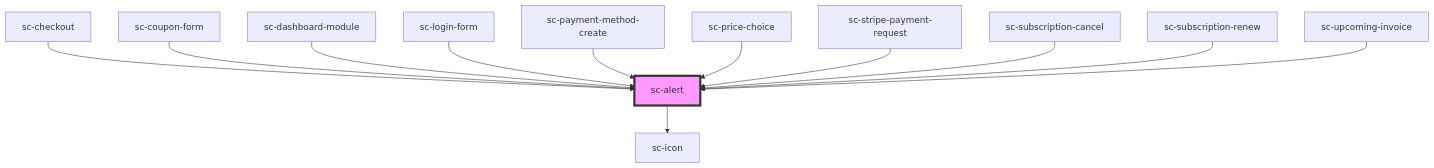
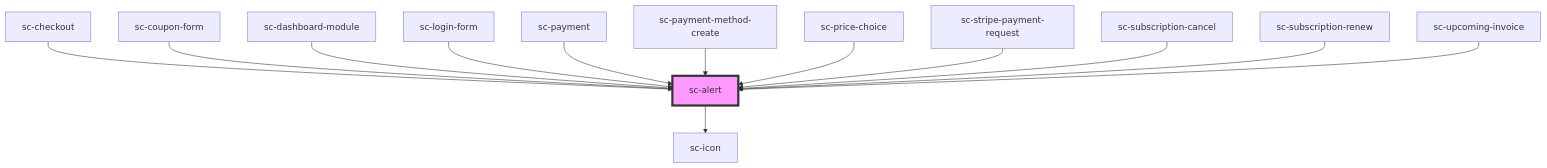
One commit to surecart/surecart-wp-plugin changed the diagram in packages/components/src/components/ui/alert/readme.md. Above: the diagram before and after it, drawn with Mermaid. The commit also changed other lines of this file and 33 other files, not shown here.

````diff
--- a/packages/components/src/components/ui/alert/readme.md
+++ b/packages/components/src/components/ui/alert/readme.md
@@ -80,15 +82,16 @@
 ```mermaid
 graph TD;
   sc-alert --> sc-icon
   sc-checkout --> sc-alert
   sc-coupon-form --> sc-alert
   sc-dashboard-module --> sc-alert
   sc-login-form --> sc-alert
+  sc-payment --> sc-alert
   sc-payment-method-create --> sc-alert
   sc-price-choice --> sc-alert
   sc-stripe-payment-request --> sc-alert
   sc-subscription-cancel --> sc-alert
   sc-subscription-renew --> sc-alert
   sc-upcoming-invoice --> sc-alert
   style sc-alert fill:#f9f,stroke:#333,stroke-width:4px
 ```
````
